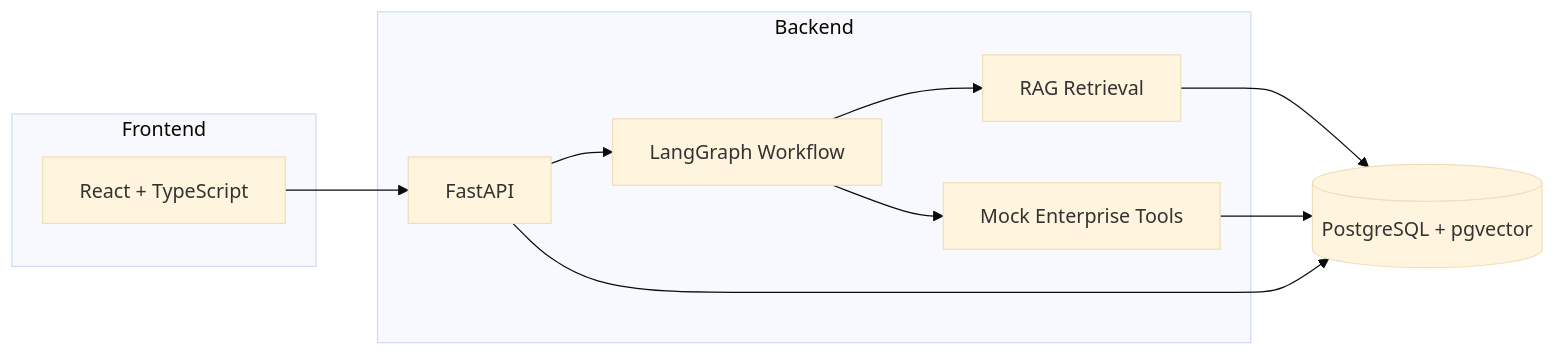
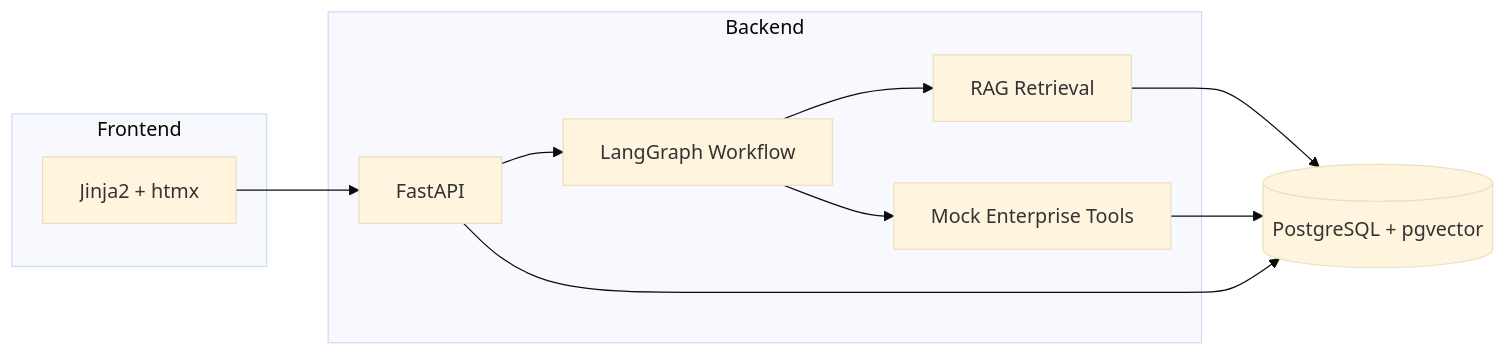
Before and after one commit to georgevarghese21/enterprise-ai-workflow-platform: the diagram in README.md, drawn with Mermaid (base theme). The commit also changed other lines of this file and 18 other files, not shown here.

First line of the commit message:
Phase 8: server-rendered frontend (FastAPI + Jinja2 + htmx)

````diff
--- a/README.md
+++ b/README.md
@@ -147,21 +172,21 @@
 ```mermaid
 flowchart LR
     subgraph Frontend
-        UI[React + TypeScript]
+        UI[Jinja2 + htmx]
     end
     subgraph Backend
         API[FastAPI]
         LG[LangGraph Workflow]
         RAG[RAG Retrieval]
         Tools[Mock Enterprise Tools]
     end
     DB[(PostgreSQL + pgvector)]
 
     UI --> API
     API --> LG
     LG --> RAG
     LG --> Tools
     RAG --> DB
     Tools --> DB
     API --> DB
 ```
````
